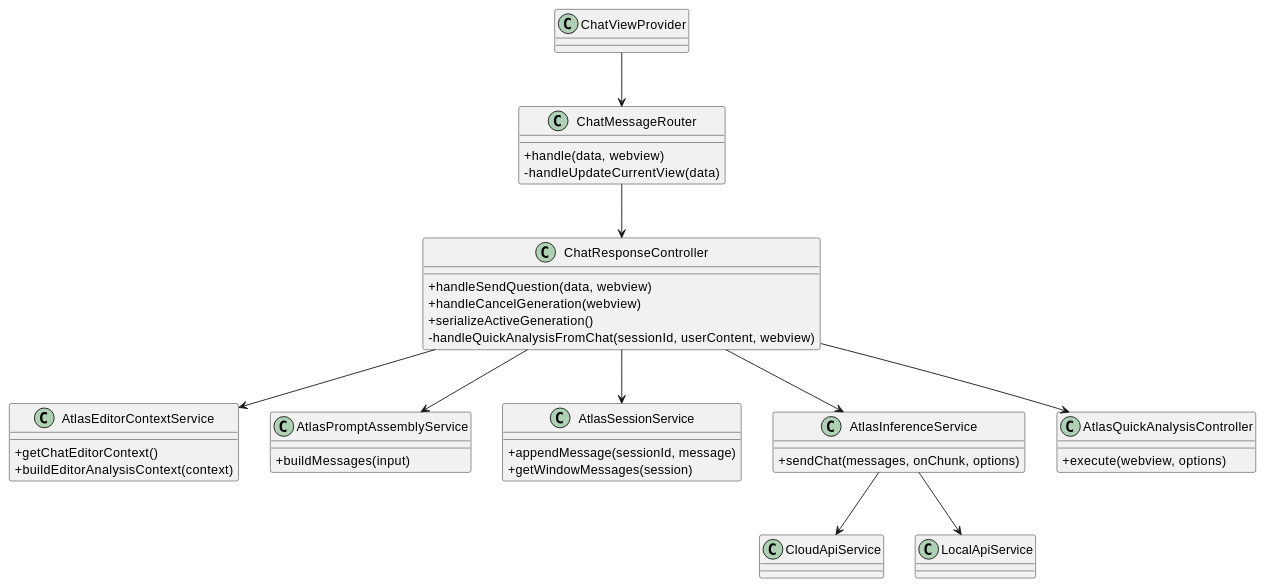
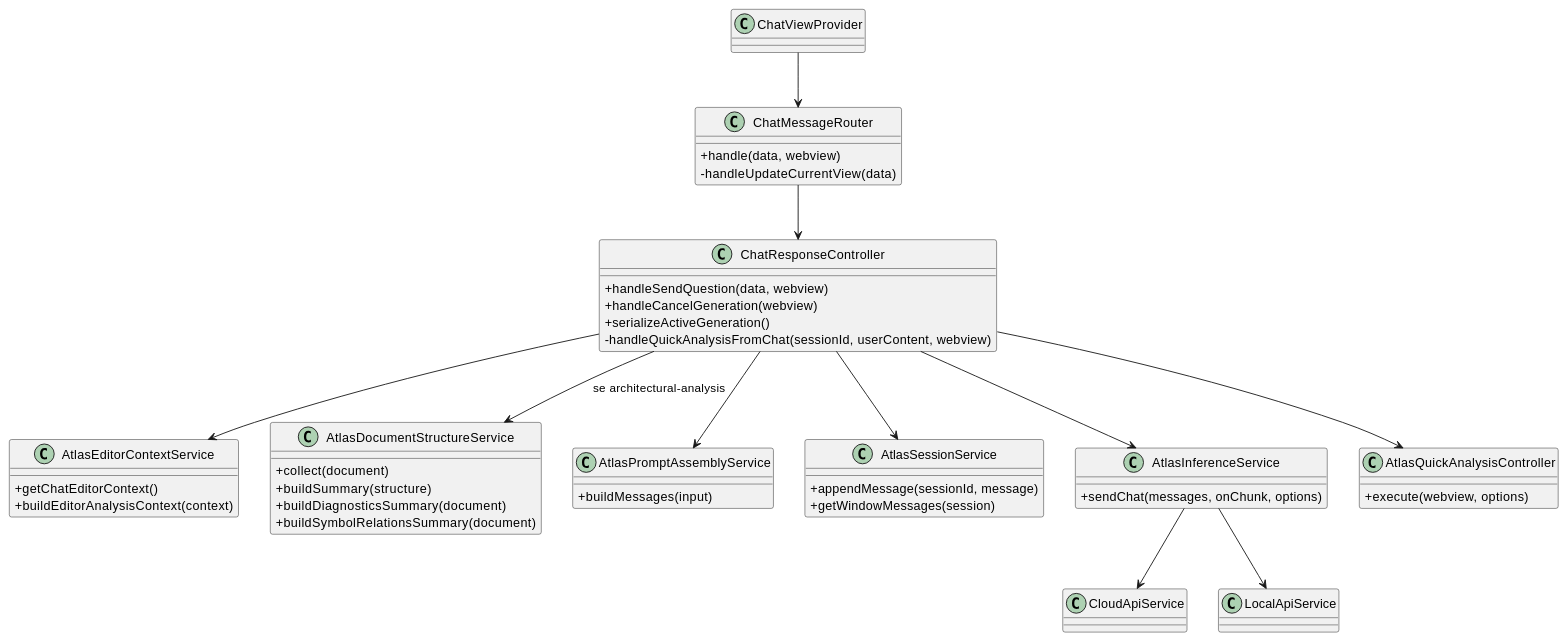
One commit to JVictorVI/ATLAS changed the first of 40 diagrams in docs/plantuml-diagramas-por-caso-de-uso-atlas.md. Above: the diagram before and after it, drawn with PlantUML. The commit also changed other lines of this file and 2 other files, not shown here.

````diff
--- a/docs/plantuml-diagramas-por-caso-de-uso-atlas.md
+++ b/docs/plantuml-diagramas-por-caso-de-uso-atlas.md
@@ -12,47 +12,54 @@
 ```plantuml
 @startuml
 skinparam shadowing false
 skinparam classAttributeIconSize 0
 
 class ChatViewProvider
 class ChatMessageRouter {
   +handle(data, webview)
   -handleUpdateCurrentView(data)
 }
 class ChatResponseController {
   +handleSendQuestion(data, webview)
   +handleCancelGeneration(webview)
   +serializeActiveGeneration()
   -handleQuickAnalysisFromChat(sessionId, userContent, webview)
 }
 class AtlasEditorContextService {
   +getChatEditorContext()
   +buildEditorAnalysisContext(context)
 }
+class AtlasDocumentStructureService {
+  +collect(document)
+  +buildSummary(structure)
+  +buildDiagnosticsSummary(document)
+  +buildSymbolRelationsSummary(document)
+}
 class AtlasPromptAssemblyService {
   +buildMessages(input)
 }
 class AtlasSessionService {
   +appendMessage(sessionId, message)
   +getWindowMessages(session)
 }
 class AtlasInferenceService {
   +sendChat(messages, onChunk, options)
 }
 class AtlasQuickAnalysisController {
   +execute(webview, options)
 }
 class CloudApiService
 class LocalApiService
 
 ChatViewProvider --> ChatMessageRouter
 ChatMessageRouter --> ChatResponseController
 ChatResponseController --> AtlasEditorContextService
+ChatResponseController --> AtlasDocumentStructureService : se architectural-analysis
 ChatResponseController --> AtlasPromptAssemblyService
 ChatResponseController --> AtlasSessionService
 ChatResponseController --> AtlasInferenceService
 ChatResponseController --> AtlasQuickAnalysisController
 AtlasInferenceService --> CloudApiService
 AtlasInferenceService --> LocalApiService
 @enduml
 ```
````
